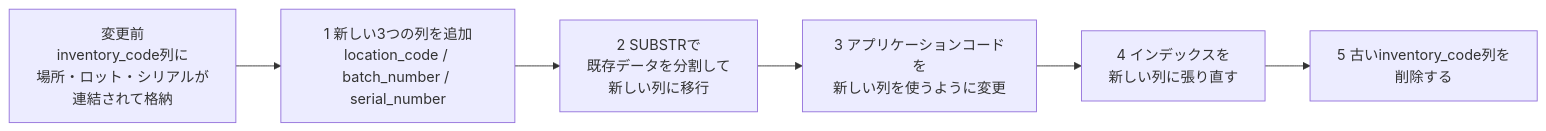
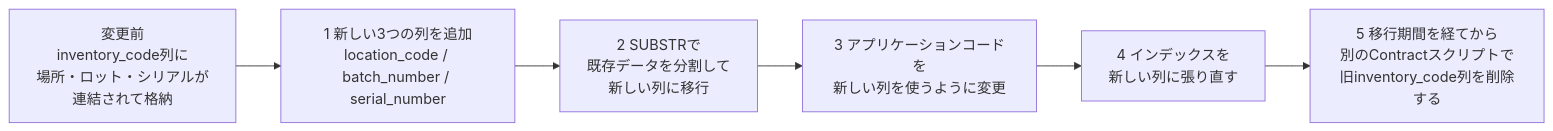
One commit to myoshi2891/Software-Design-and-Architecture changed diagram 11 of 13 in Refactoring-databases-guide.md. Above: the diagram before and after it, drawn with Mermaid. The commit also changed other lines of this file, not shown here.

````diff
--- a/Refactoring-databases-guide.md
+++ b/Refactoring-databases-guide.md
@@ -406,8 +406,8 @@
 ```mermaid
 flowchart LR
     A["変更前<br/>inventory_code列に<br/>場所・ロット・シリアルが<br/>連結されて格納"] --> B["1 新しい3つの列を追加<br/>location_code / batch_number / serial_number"]
     B --> C["2 SUBSTRで<br/>既存データを分割して<br/>新しい列に移行"]
     C --> D["3 アプリケーションコードを<br/>新しい列を使うように変更"]
     D --> E["4 インデックスを<br/>新しい列に張り直す"]
-    E --> F["5 古いinventory_code列を<br/>削除する"]
+    E --> F["5 移行期間を経てから<br/>別のContractスクリプトで<br/>旧inventory_code列を削除する"]
 ```
````
